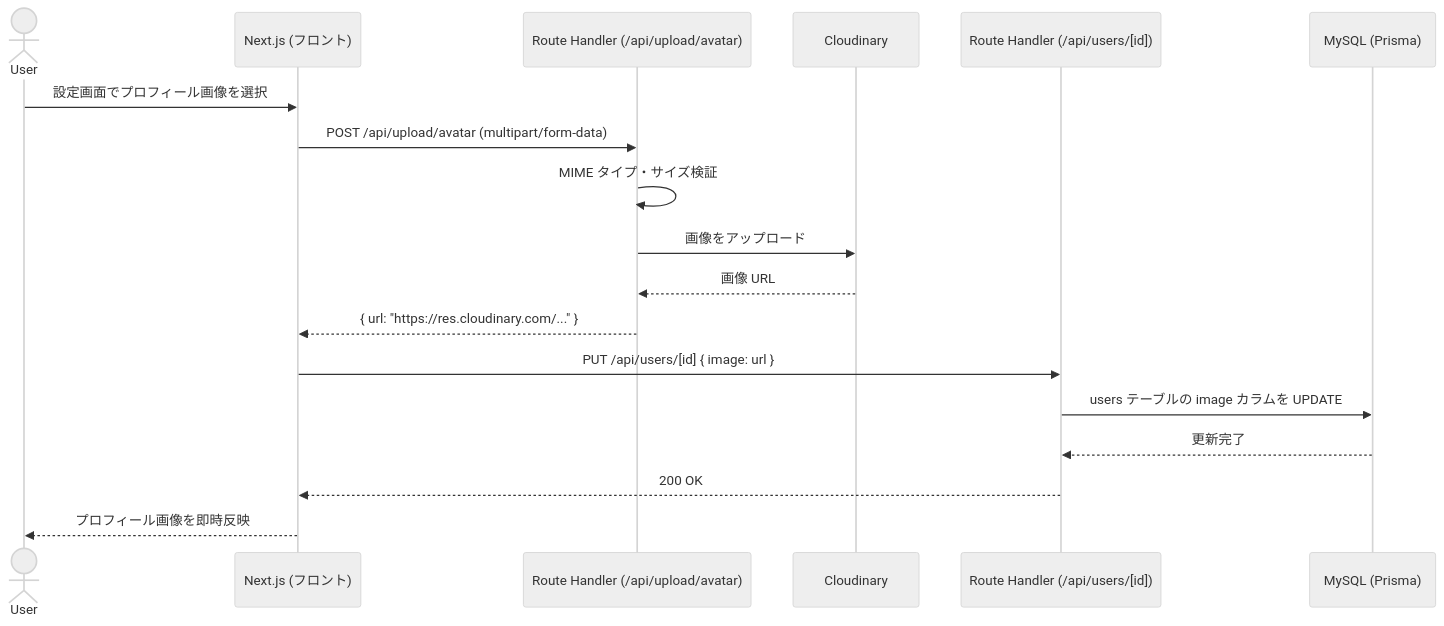
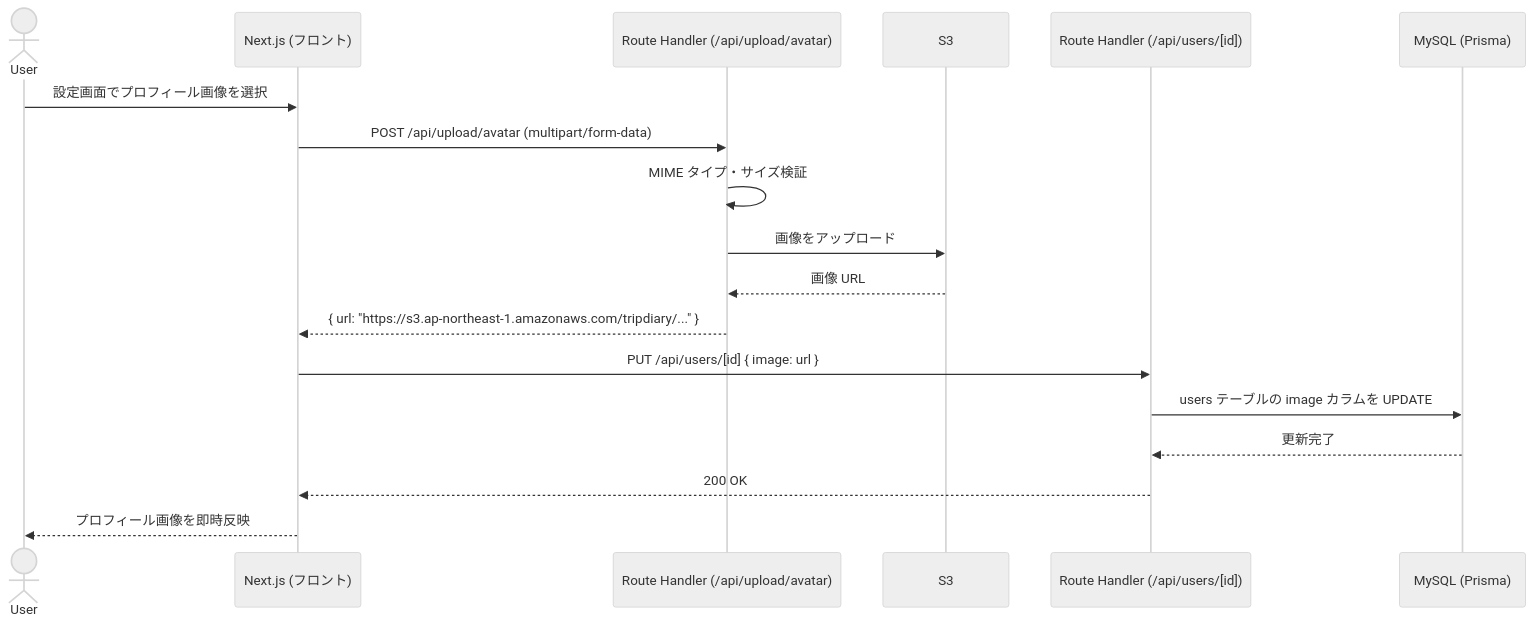
Before and after one commit to saki-nakata/TripDiary: the seventh of 7 diagrams in docs/シーケンス図.md, drawn with Mermaid (neutral theme). The commit also changed other lines of this file and 7 other files, not shown here.

````diff
--- a/docs/シーケンス図.md
+++ b/docs/シーケンス図.md
@@ -200,21 +200,21 @@
 ```mermaid
 sequenceDiagram
     actor User
     participant FE as Next.js (フロント)
     participant UploadAPI as Route Handler (/api/upload/avatar)
-    participant Cloudinary as Cloudinary
+    participant S3 as S3
     participant UserAPI as Route Handler (/api/users/[id])
     participant DB as MySQL (Prisma)
 
     User->>FE: 設定画面でプロフィール画像を選択
     FE->>UploadAPI: POST /api/upload/avatar (multipart/form-data)
     UploadAPI->>UploadAPI: MIME タイプ・サイズ検証
-    UploadAPI->>Cloudinary: 画像をアップロード
-    Cloudinary-->>UploadAPI: 画像 URL
-    UploadAPI-->>FE: { url: "https://res.cloudinary.com/..." }
+    UploadAPI->>S3: 画像をアップロード
+    S3-->>UploadAPI: 画像 URL
+    UploadAPI-->>FE: { url: "https://s3.ap-northeast-1.amazonaws.com/tripdiary/..." }
     FE->>UserAPI: PUT /api/users/[id] { image: url }
     UserAPI->>DB: users テーブルの image カラムを UPDATE
     DB-->>UserAPI: 更新完了
     UserAPI-->>FE: 200 OK
     FE-->>User: プロフィール画像を即時反映
 ```
````
